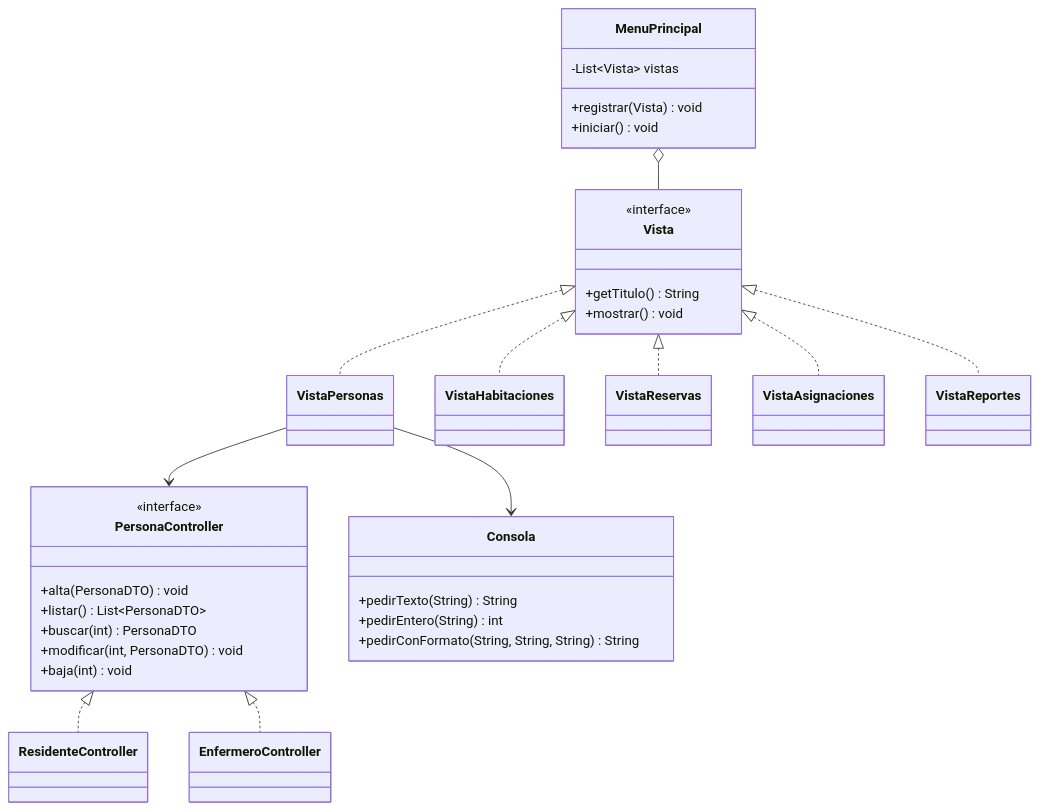
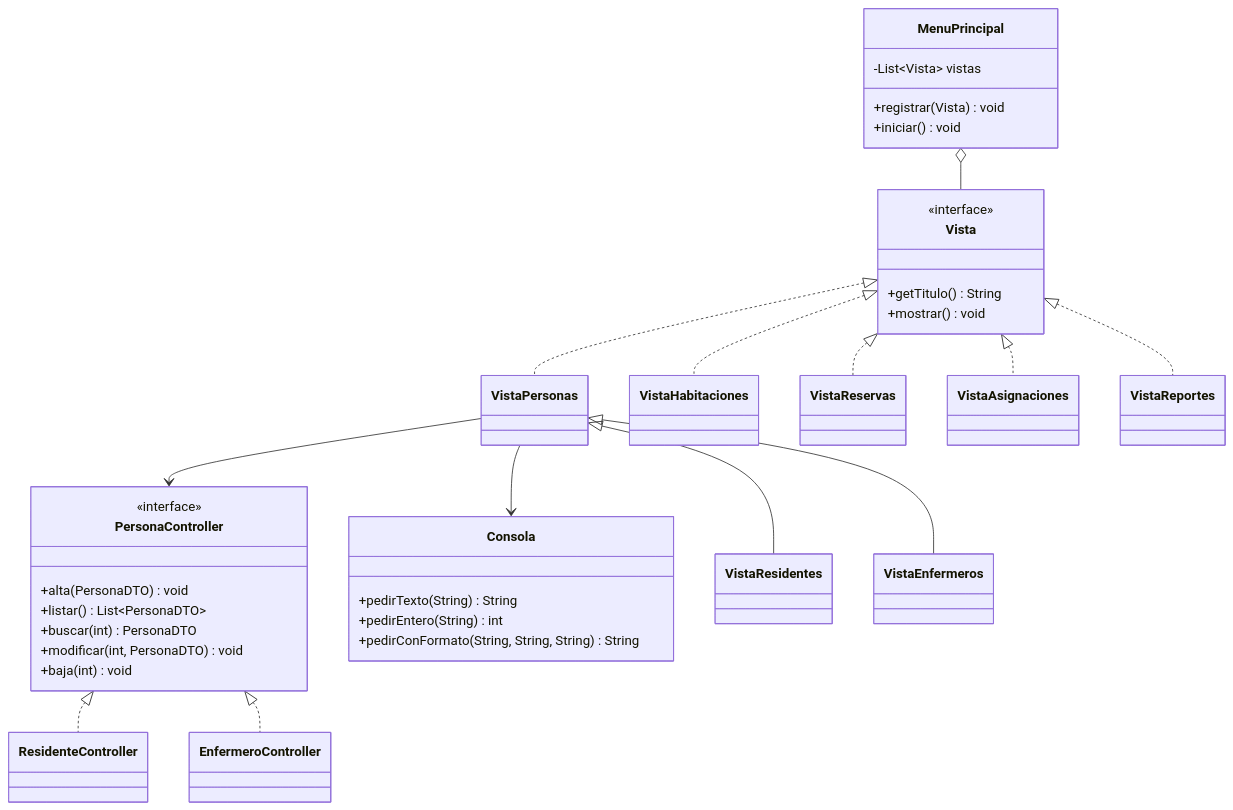
One commit to Emanuelbig/gestion-residencia-geriatrica-java-mvc changed the fourth of 5 diagrams in docs/UML.md. Above: the diagram before and after it, drawn with Mermaid. The commit also changed other lines of this file and 13 other files, not shown here.

````diff
--- a/docs/UML.md
+++ b/docs/UML.md
@@ -149,37 +149,39 @@
 ```mermaid
 classDiagram
   direction TB
   class Vista {
     <<interface>>
     +getTitulo() String
     +mostrar() void
   }
   class MenuPrincipal {
     -List~Vista~ vistas
     +registrar(Vista) void
     +iniciar() void
   }
   class PersonaController {
     <<interface>>
     +alta(PersonaDTO) void
     +listar() List~PersonaDTO~
     +buscar(int) PersonaDTO
     +modificar(int, PersonaDTO) void
     +baja(int) void
   }
   class Consola {
     +pedirTexto(String) String
     +pedirEntero(String) int
     +pedirConFormato(String, String, String) String
   }
   MenuPrincipal o-- Vista
   Vista <|.. VistaPersonas
+  VistaPersonas <|-- VistaResidentes
+  VistaPersonas <|-- VistaEnfermeros
   Vista <|.. VistaHabitaciones
   Vista <|.. VistaReservas
   Vista <|.. VistaAsignaciones
   Vista <|.. VistaReportes
   VistaPersonas --> PersonaController
   PersonaController <|.. ResidenteController
   PersonaController <|.. EnfermeroController
   VistaPersonas --> Consola
 ```
````
